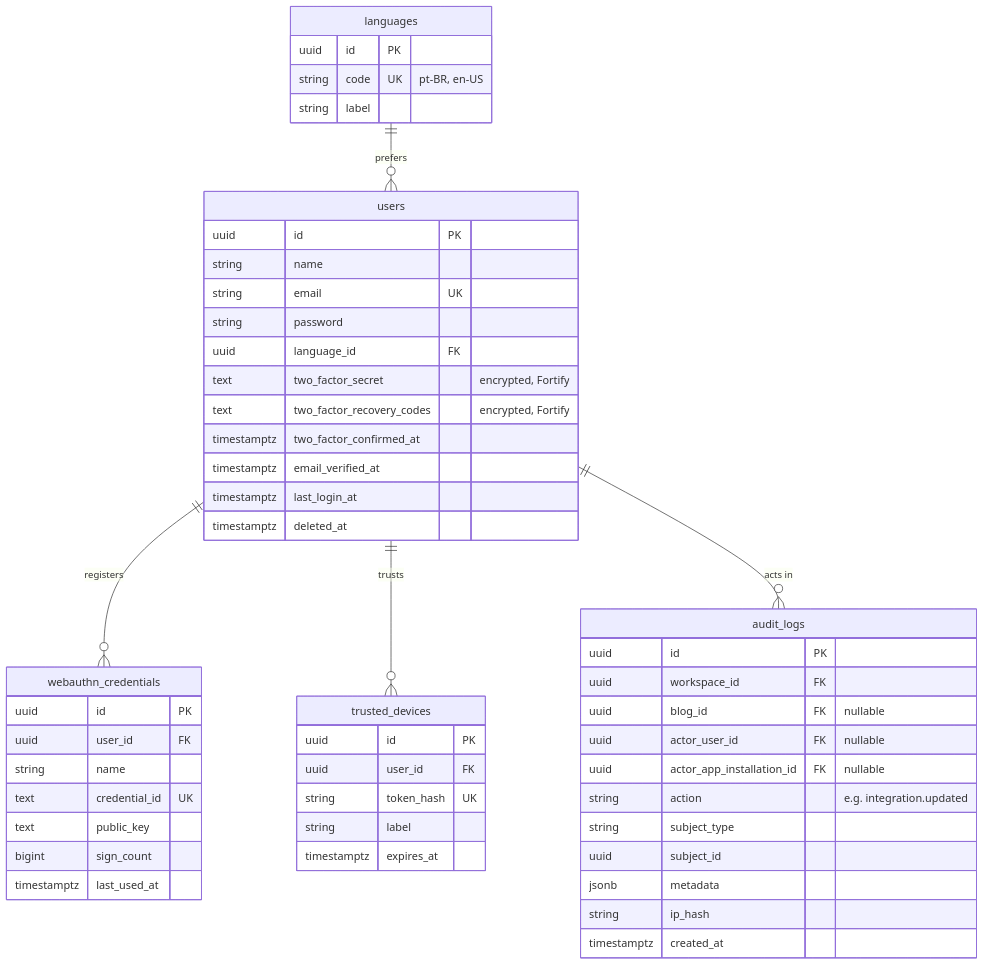
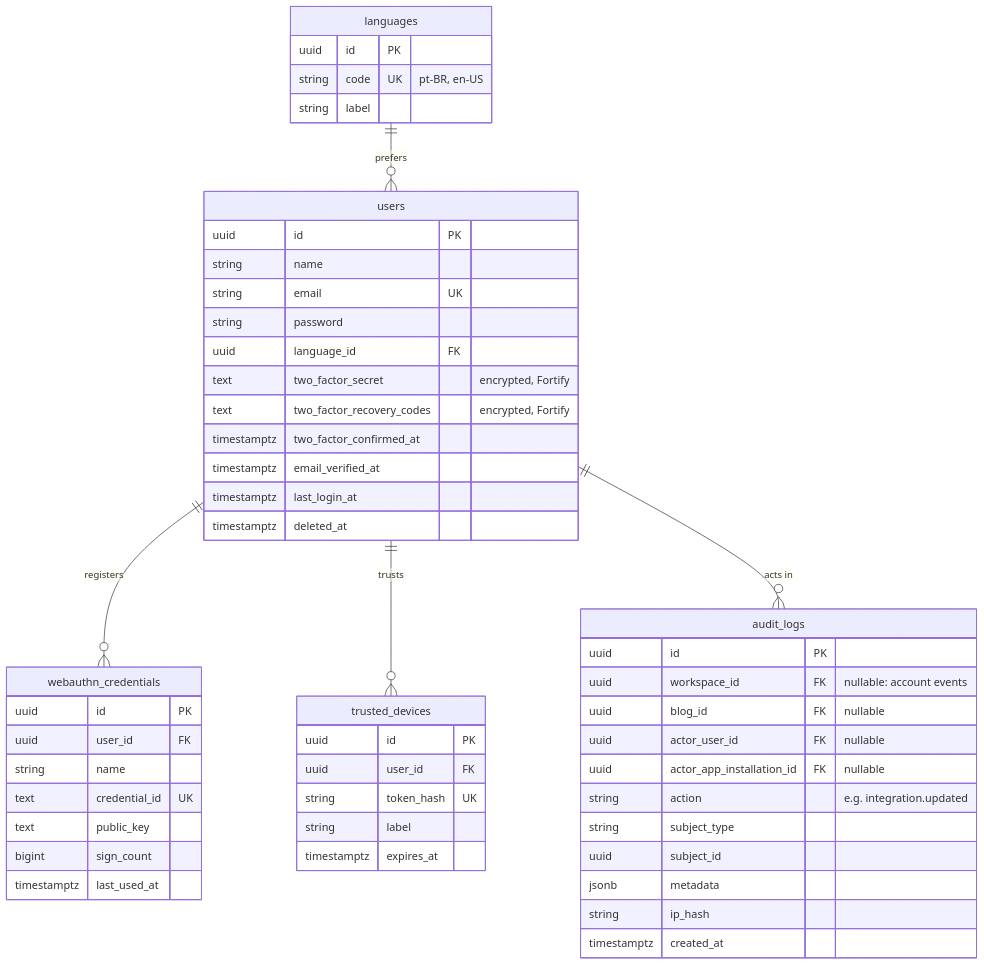
One commit to andmarruda/sbblog changed the second of 9 diagrams in docs/v2/erd.md. Above: the diagram before and after it, drawn with Mermaid. The commit also changed 57 other files, not shown here.

````diff
--- a/docs/v2/erd.md
+++ b/docs/v2/erd.md
@@ -51,55 +51,55 @@
 ```mermaid
 erDiagram
   users ||--o{ webauthn_credentials : registers
   users ||--o{ trusted_devices : trusts
   users ||--o{ audit_logs : "acts in"
   languages ||--o{ users : prefers
 
   users {
     uuid id PK
     string name
     string email UK
     string password
     uuid language_id FK
     text two_factor_secret "encrypted, Fortify"
     text two_factor_recovery_codes "encrypted, Fortify"
     timestamptz two_factor_confirmed_at
     timestamptz email_verified_at
     timestamptz last_login_at
     timestamptz deleted_at
   }
   webauthn_credentials {
     uuid id PK
     uuid user_id FK
     string name
     text credential_id UK
     text public_key
     bigint sign_count
     timestamptz last_used_at
   }
   trusted_devices {
     uuid id PK
     uuid user_id FK
     string token_hash UK
     string label
     timestamptz expires_at
   }
   audit_logs {
     uuid id PK
-    uuid workspace_id FK
+    uuid workspace_id FK "nullable: account events"
     uuid blog_id FK "nullable"
     uuid actor_user_id FK "nullable"
     uuid actor_app_installation_id FK "nullable"
     string action "e.g. integration.updated"
     string subject_type
     uuid subject_id
     jsonb metadata
     string ip_hash
     timestamptz created_at
   }
   languages {
     uuid id PK
     string code UK "pt-BR, en-US"
     string label
   }
 ```
````
